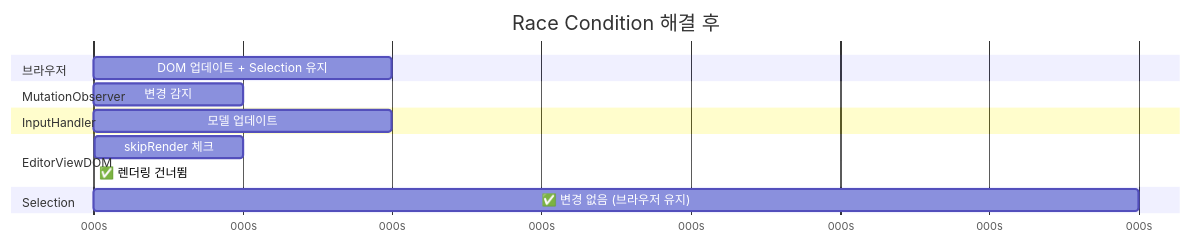
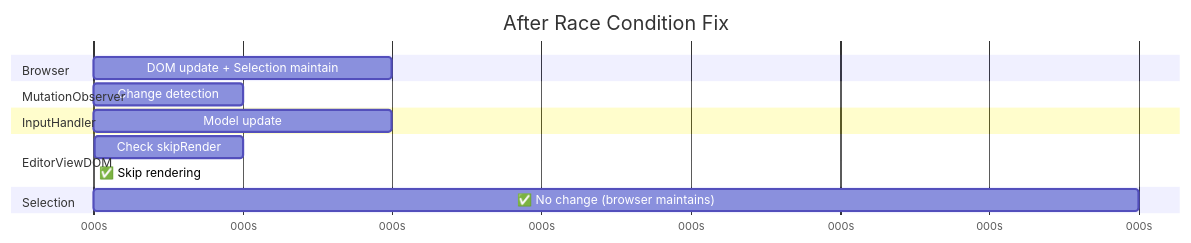
Diagram 16 of 16 in packages/editor-view-dom/docs/plan/input-rendering-race-condition.md (barocss/barocss-editor), drawn with Mermaid before and after one commit. The commit also changed other lines of this file and 43 other files, not shown here.

````diff
--- a/packages/editor-view-dom/docs/plan/input-rendering-race-condition.md
+++ b/packages/editor-view-dom/docs/plan/input-rendering-race-condition.md
@@ -818,22 +818,22 @@
 ```mermaid
 gantt
-    title Race Condition 해결 후
+    title After Race Condition Fix
     dateFormat X
     axisFormat %Ls
     
-    section 브라우저
-    DOM 업데이트 + Selection 유지 :0, 10
+    section Browser
+    DOM update + Selection maintain :0, 10
     
     section MutationObserver
-    변경 감지 :10, 5
+    Change detection :10, 5
     
     section InputHandler
-    모델 업데이트 :15, 10
+    Model update :15, 10
     
     section EditorViewDOM
-    skipRender 체크 :25, 5
-    ✅ 렌더링 건너뜀 :30, 0
+    Check skipRender :25, 5
+    ✅ Skip rendering :30, 0
     
     section Selection
-    ✅ 변경 없음 (브라우저 유지) :0, 35
+    ✅ No change (browser maintains) :0, 35
 ```
````
